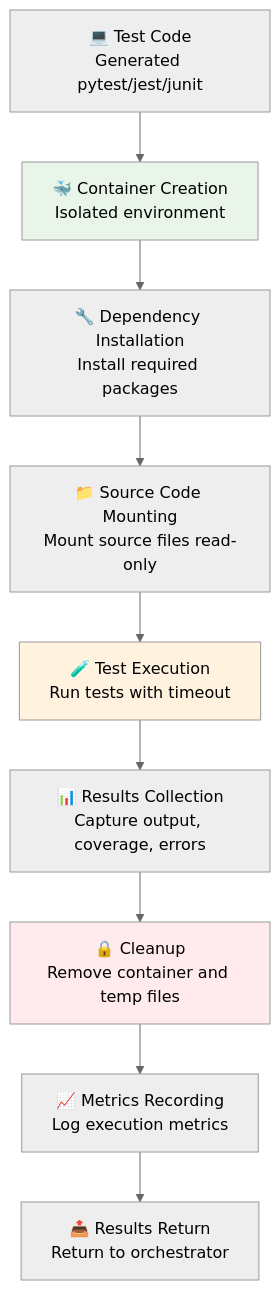
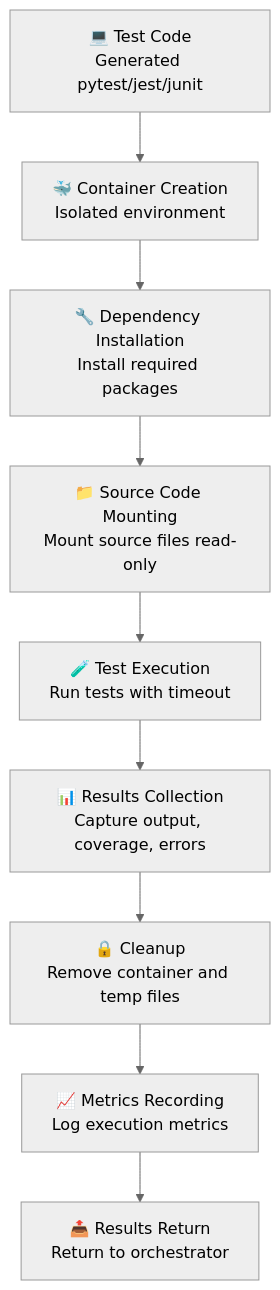
The sixth of 13 diagrams in ARCHITECTURE.md (narenallam/AgenticTestGenerator), drawn with Mermaid (neutral theme) before and after one commit. The commit also changed other lines of this file, not shown here.

````diff
--- a/ARCHITECTURE.md
+++ b/ARCHITECTURE.md
@@ -363,15 +357,11 @@
 ```mermaid
 flowchart TD
     A[💻 Test Code<br/>Generated pytest/jest/junit] --> B[🐳 Container Creation<br/>Isolated environment]
     B --> C[🔧 Dependency Installation<br/>Install required packages]
     C --> D[📁 Source Code Mounting<br/>Mount source files read-only]
     D --> E[🧪 Test Execution<br/>Run tests with timeout]
     E --> F[📊 Results Collection<br/>Capture output, coverage, errors]
     F --> G[🔒 Cleanup<br/>Remove container and temp files]
     G --> H[📈 Metrics Recording<br/>Log execution metrics]
     H --> I[📤 Results Return<br/>Return to orchestrator]
-
-    style B fill:#e8f5e8
-    style E fill:#fff3e0
-    style G fill:#ffebee
 ```
````
